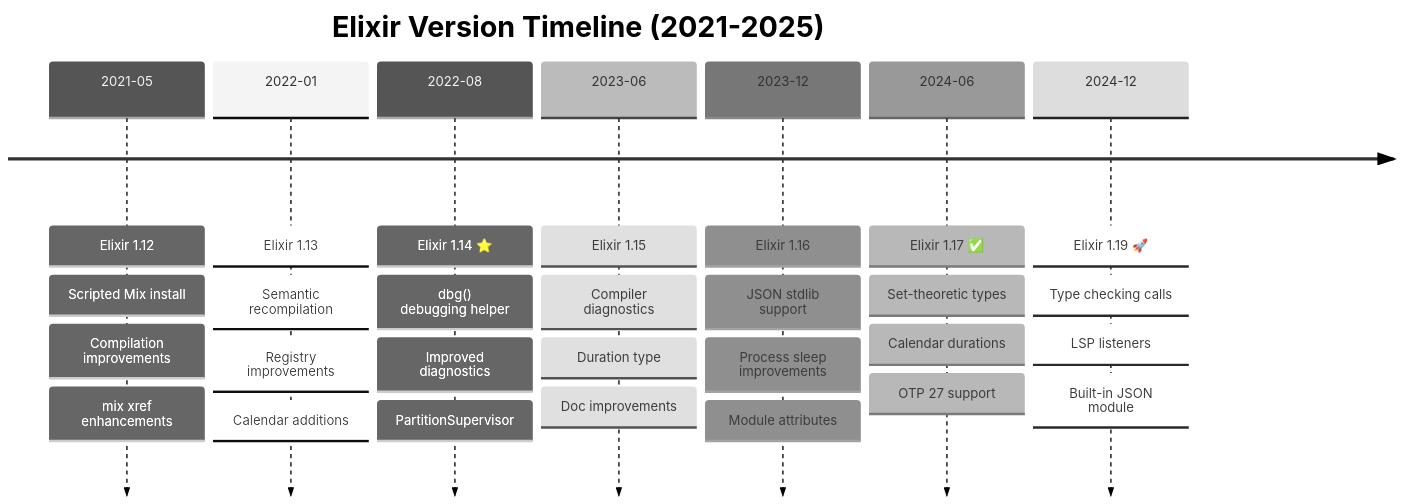
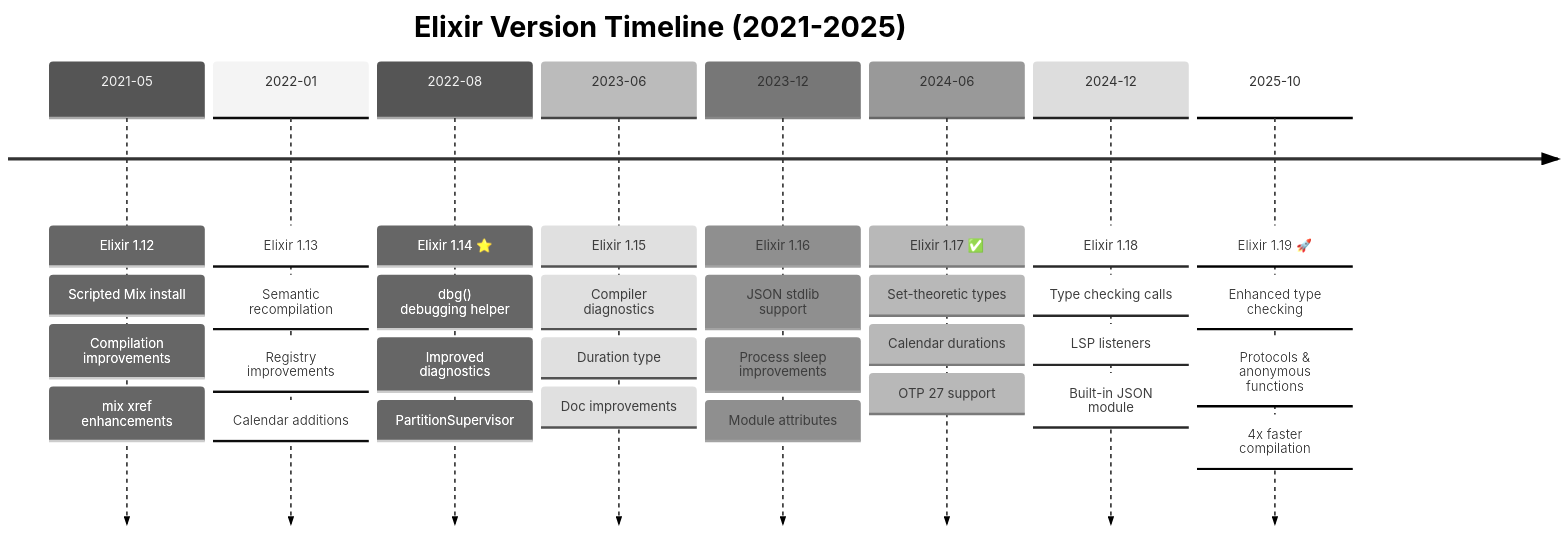
Before and after one commit to wahidyankf/open-sharia-enterprise: the diagram in docs/explanation/software/stack-lang/elixir/README.md, drawn with Mermaid (neutral theme). The commit also changed other lines of this file and 12 other files, not shown here.

````diff
--- a/docs/explanation/software/stack-lang/elixir/README.md
+++ b/docs/explanation/software/stack-lang/elixir/README.md
@@ -200,33 +200,37 @@
 ```mermaid
 %% Color Palette: Blue #0173B2, Orange #DE8F05, Teal #029E73, Purple #CC78BC, Brown #CA9161
 timeline
     title Elixir Version Timeline #40;2021-2025#41;
     2021-05 : Elixir 1.12
             : Scripted Mix install
             : Compilation improvements
             : mix xref enhancements
     2022-01 : Elixir 1.13
             : Semantic recompilation
             : Registry improvements
             : Calendar additions
     2022-08 : Elixir 1.14 ⭐
             : dbg#40;#41; debugging helper
             : Improved diagnostics
             : PartitionSupervisor
     2023-06 : Elixir 1.15
             : Compiler diagnostics
             : Duration type
             : Doc improvements
     2023-12 : Elixir 1.16
             : JSON stdlib support
             : Process sleep improvements
             : Module attributes
     2024-06 : Elixir 1.17 ✅
             : Set-theoretic types
             : Calendar durations
             : OTP 27 support
-    2024-12 : Elixir 1.19 🚀
+    2024-12 : Elixir 1.18
             : Type checking calls
             : LSP listeners
             : Built-in JSON module
+    2025-10 : Elixir 1.19 🚀
+            : Enhanced type checking
+            : Protocols & anonymous functions
+            : 4x faster compilation
 ```
````
